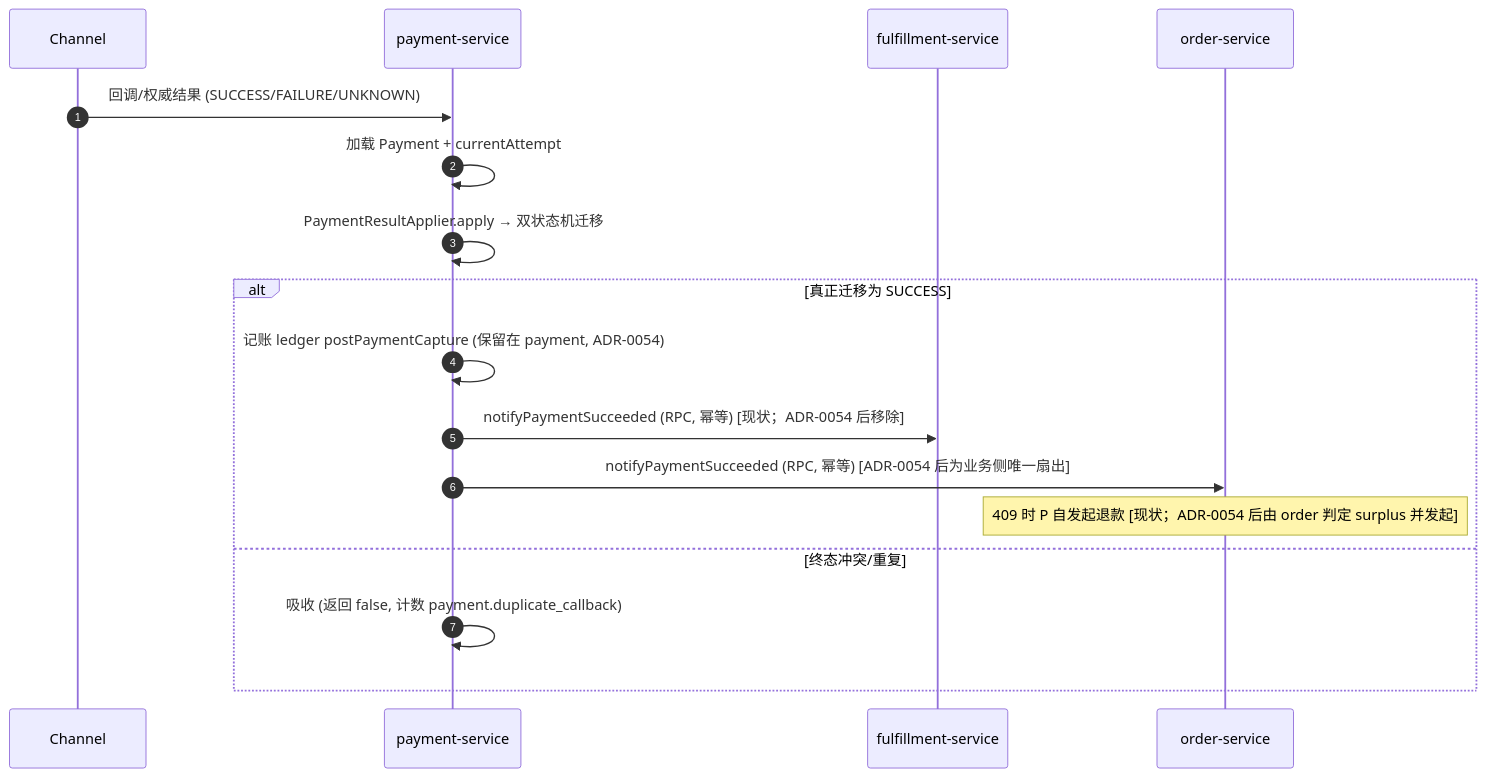
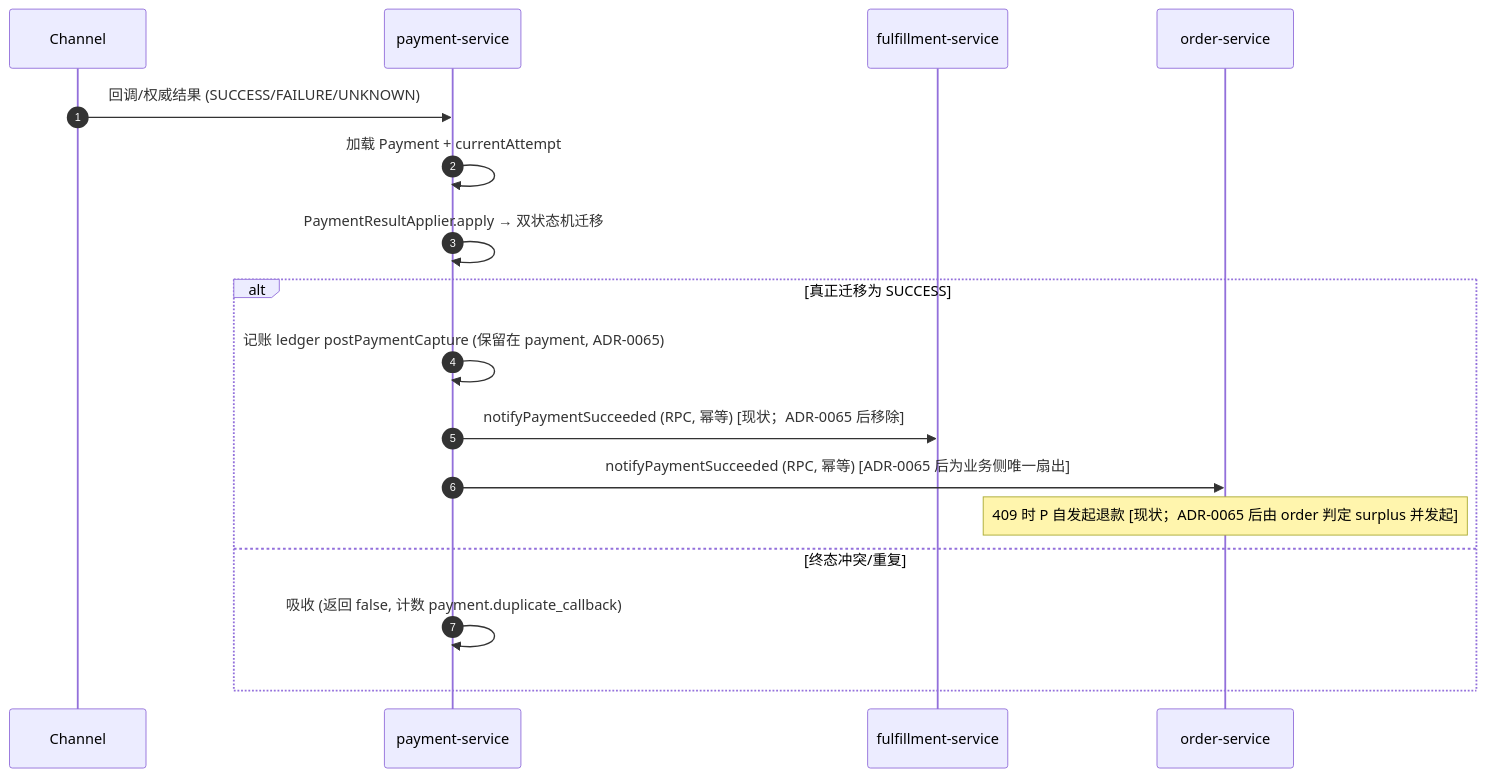
Before and after one commit to ckcky/Payment: the diagram in docs/architecture/systems/payment-service.md, drawn with Mermaid. The commit also changed other lines of this file and 26 other files, not shown here.

First line of the commit message:
feat(observability): Grafana 增加服务间 RPC（Feign）面板 + 服务图例中文化

````diff
--- a/docs/architecture/systems/payment-service.md
+++ b/docs/architecture/systems/payment-service.md
@@ -268,19 +268,19 @@
 ```mermaid
 sequenceDiagram
     autonumber
     participant Ch as Channel
     participant P as payment-service
     participant F as fulfillment-service
     participant O as order-service
     Ch->>P: 回调/权威结果 (SUCCESS/FAILURE/UNKNOWN)
     P->>P: 加载 Payment + currentAttempt
     P->>P: PaymentResultApplier.apply → 双状态机迁移
     alt 真正迁移为 SUCCESS
-        P->>P: 记账 ledger postPaymentCapture (保留在 payment, ADR-0054)
-        P->>F: notifyPaymentSucceeded (RPC, 幂等) [现状；ADR-0054 后移除]
-        P->>O: notifyPaymentSucceeded (RPC, 幂等) [ADR-0054 后为业务侧唯一扇出]
-        Note over O: 409 时 P 自发起退款 [现状；ADR-0054 后由 order 判定 surplus 并发起]
+        P->>P: 记账 ledger postPaymentCapture (保留在 payment, ADR-0065)
+        P->>F: notifyPaymentSucceeded (RPC, 幂等) [现状；ADR-0065 后移除]
+        P->>O: notifyPaymentSucceeded (RPC, 幂等) [ADR-0065 后为业务侧唯一扇出]
+        Note over O: 409 时 P 自发起退款 [现状；ADR-0065 后由 order 判定 surplus 并发起]
     else 终态冲突/重复
         P->>P: 吸收 (返回 false, 计数 payment.duplicate_callback)
     end
 ```
````
